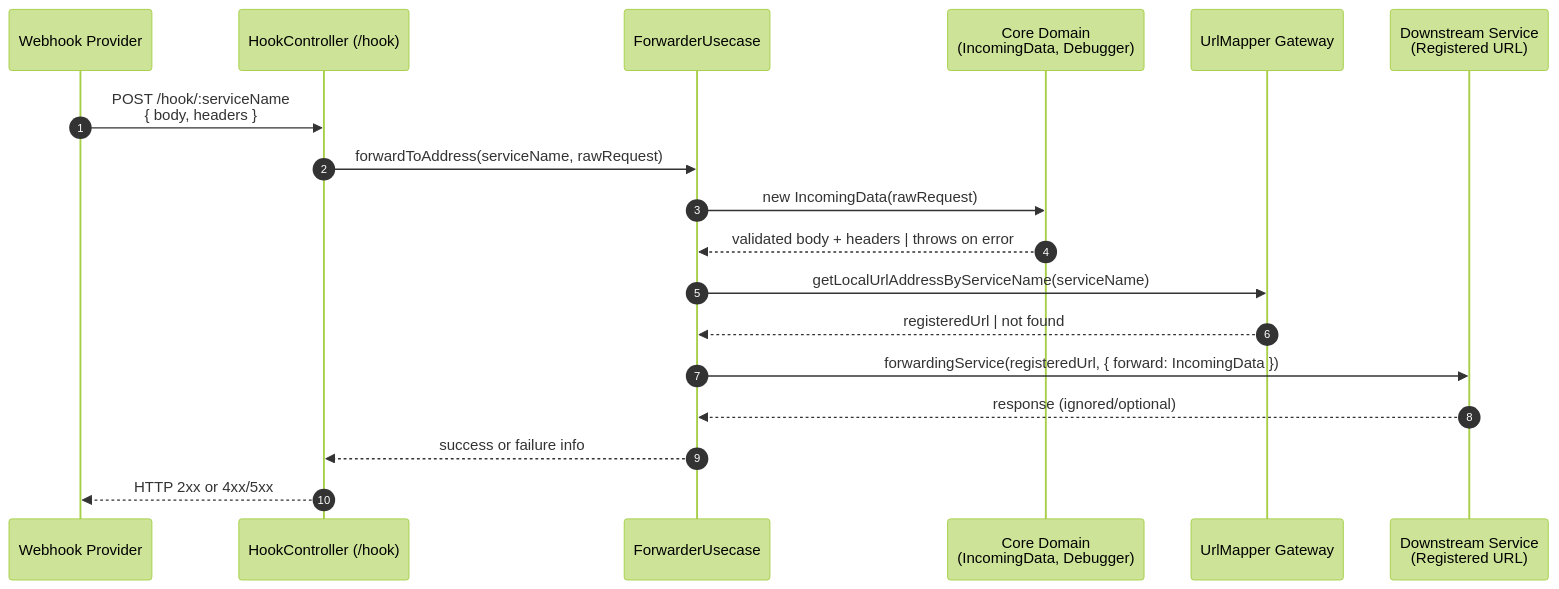
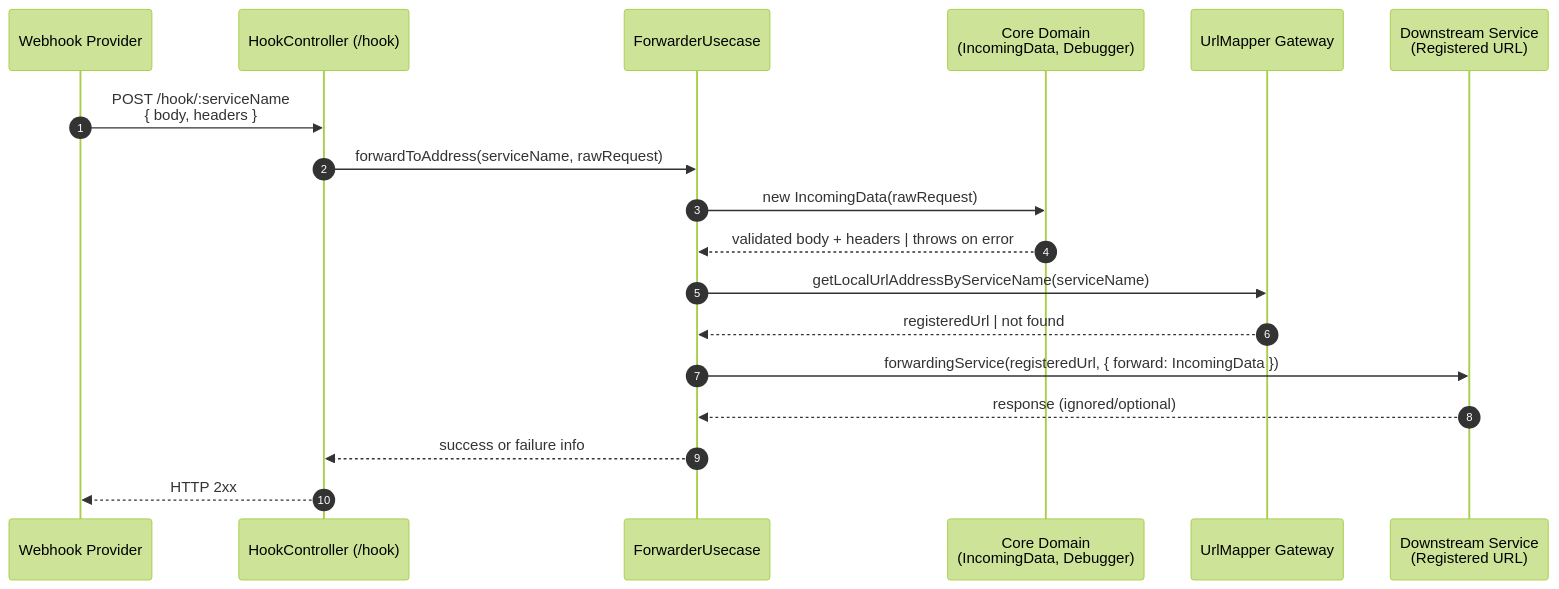
One commit to ojhaanmol/outbound-webhook-gateway changed the second of 2 diagrams in README.md. Above: the diagram before and after it, drawn with Mermaid (forest theme). The commit also changed 1 other file, not shown here.

Commit message:
DOCS: UPDATED README AND ADDED CHANGELOGS.wq!

````diff
--- a/README.md
+++ b/README.md
@@ -163,26 +163,26 @@
 ```mermaid
 sequenceDiagram
     autonumber
     participant WP as Webhook Provider
     participant HC as HookController (/hook)
     participant FU as ForwarderUsecase
     participant CD as Core Domain<br/>(IncomingData, Debugger)
     participant GW as UrlMapper Gateway
     participant DS as Downstream Service<br/>(Registered URL)
 
     WP->>HC: POST /hook/:serviceName<br/>{ body, headers }
     HC->>FU: forwardToAddress(serviceName, rawRequest)
 
     FU->>CD: new IncomingData(rawRequest)
     CD-->>FU: validated body + headers | throws on error
 
     FU->>GW: getLocalUrlAddressByServiceName(serviceName)
     GW-->>FU: registeredUrl | not found
 
     FU->>DS: forwardingService(registeredUrl, { forward: IncomingData })
     DS-->>FU: response (ignored/optional)
 
     FU-->>HC: success or failure info
-    HC-->>WP: HTTP 2xx or 4xx/5xx
+    HC-->>WP: HTTP 2xx
 
 ```
````
